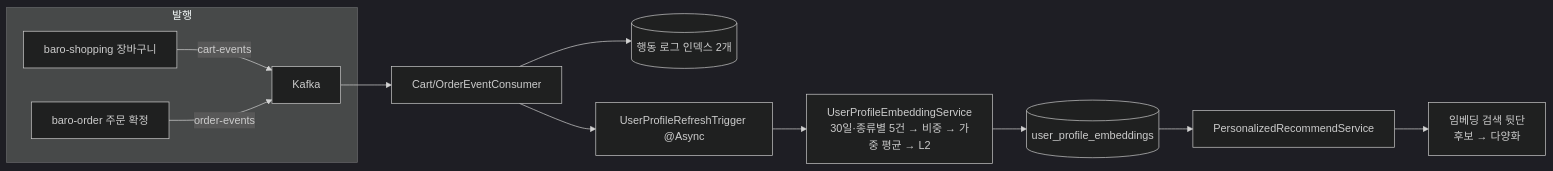
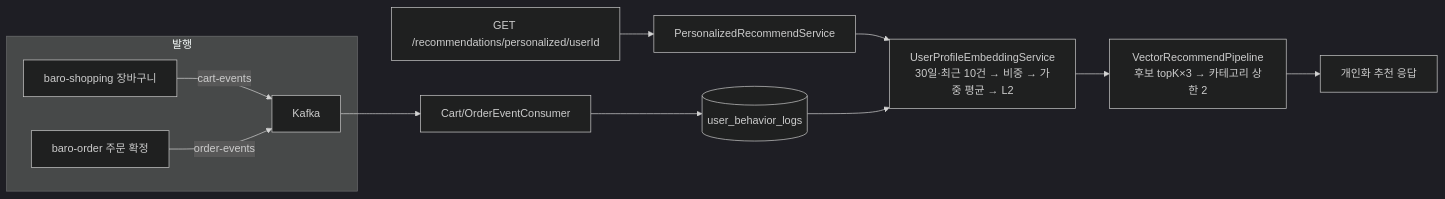
The diagram in baro-ai/docs/features/taste-vector.md (chhezue/baro-farm), drawn with Mermaid (dark theme) before and after one commit. The commit also changed other lines of this file and 32 other files, not shown here.

````diff
--- a/baro-ai/docs/features/taste-vector.md
+++ b/baro-ai/docs/features/taste-vector.md
@@ -24,12 +24,13 @@
 ```mermaid
 flowchart LR
     subgraph 발행
         S1[baro-shopping 장바구니] -->|cart-events| K
         S2[baro-order 주문 확정] -->|order-events| K
     end
-    K[Kafka] --> C[Cart/OrderEventConsumer] --> L[(행동 로그 인덱스 2개)]
-    C --> T[UserProfileRefreshTrigger @Async]
-    T --> P[UserProfileEmbeddingService<br/>30일·종류별 5건 → 비중 → 가중 평균 → L2]
-    P --> D[(user_profile_embeddings)]
-    D --> R[PersonalizedRecommendService] --> V[임베딩 검색 뒷단<br/>후보 → 다양화]
+    K[Kafka] --> C[Cart/OrderEventConsumer] --> L[(user_behavior_logs)]
+    Q[GET /recommendations/personalized/userId] --> R[PersonalizedRecommendService]
+    R --> P[UserProfileEmbeddingService<br/>30일·최근 10건 → 비중 → 가중 평균 → L2]
+    L --> P
+    P --> V[VectorRecommendPipeline<br/>후보 topK×3 → 카테고리 상한 2]
+    V --> A[개인화 추천 응답]
 ```
````
